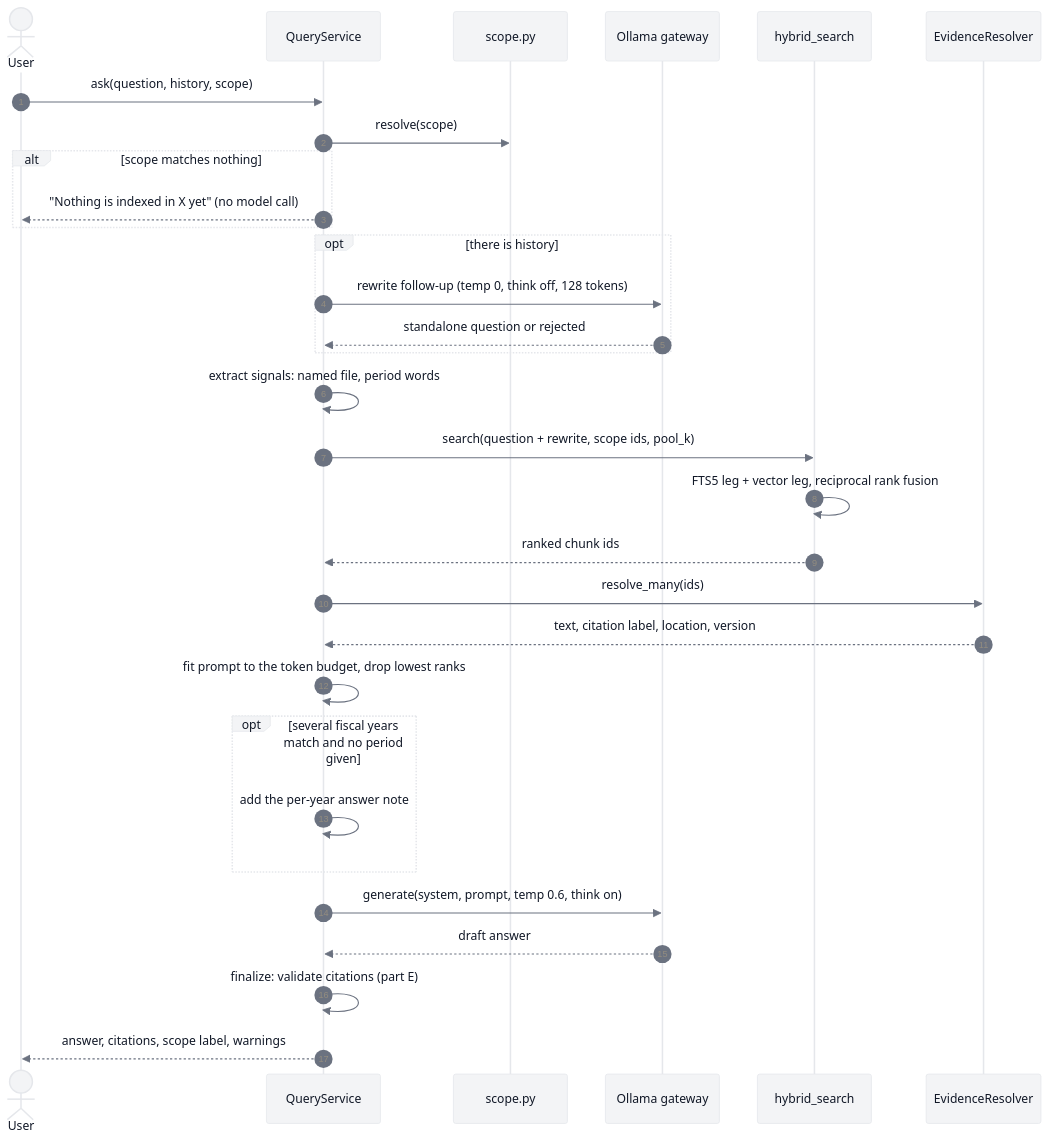
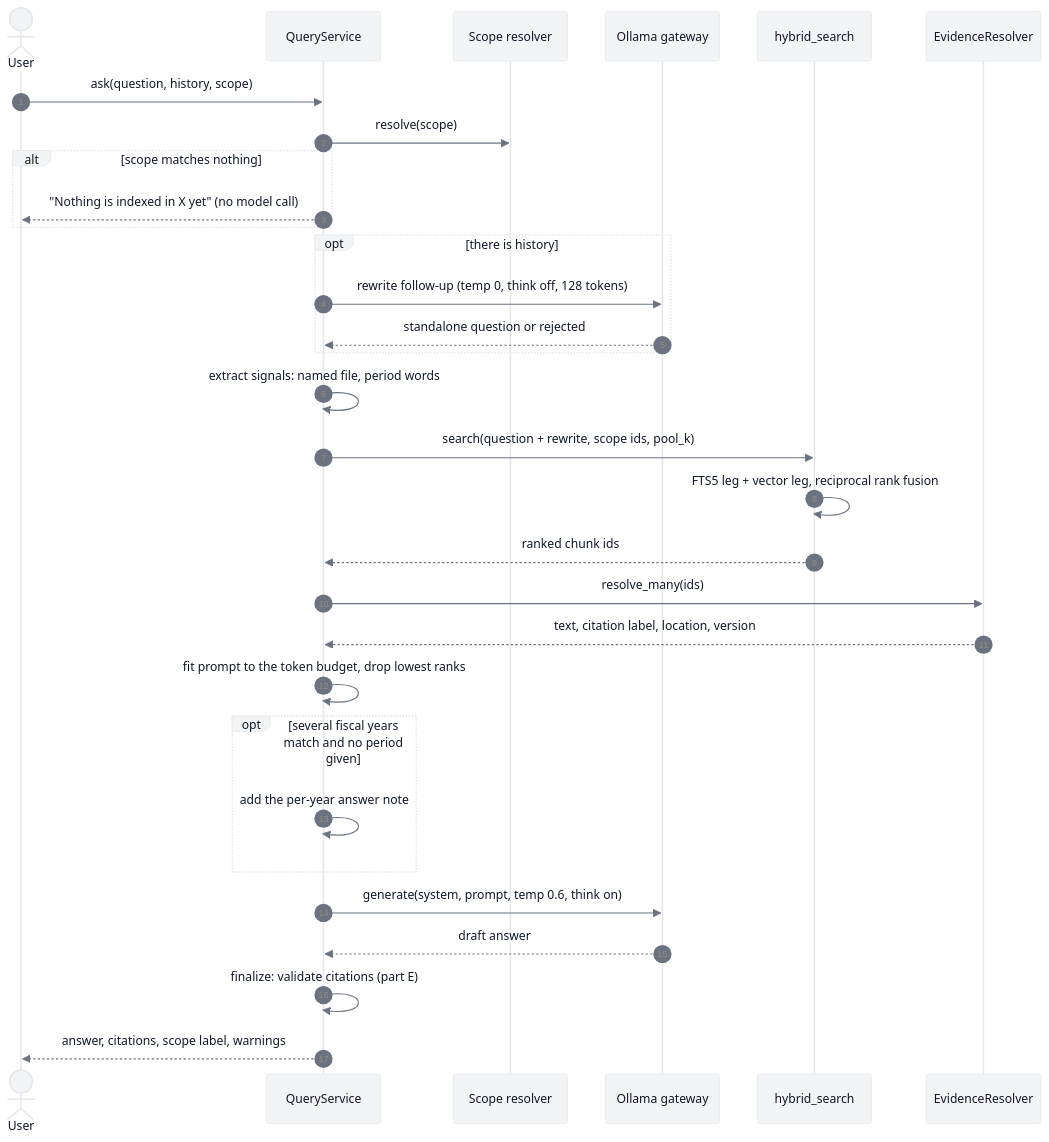
One commit to notSylas/Docket changed the fourth of 11 diagrams in Upgrade/18-current-architecture-sequences.md. Above: the diagram before and after it, drawn with Mermaid. The commit also changed other lines of this file and 3 other files, not shown here.

Commit message:
docs(upgrade): remove source-file references from the architecture diagrams

````diff
--- a/Upgrade/18-current-architecture-sequences.md
+++ b/Upgrade/18-current-architecture-sequences.md
@@ -153,34 +147,34 @@
 ```mermaid
 %%{init: {'theme':'base','themeVariables':{'primaryColor':'#F3F4F6','primaryBorderColor':'#E5E7EB','primaryTextColor':'#111827','lineColor':'#6B7280','actorBkg':'#F3F4F6','actorBorder':'#E5E7EB','actorTextColor':'#111827','signalColor':'#6B7280','signalTextColor':'#111827','noteBkgColor':'#ECFDF5','noteBorderColor':'#16A34A','noteTextColor':'#111827','activationBkgColor':'#ECFDF5','activationBorderColor':'#16A34A','fontFamily':'ui-sans-serif, system-ui, sans-serif'}}}%%
 sequenceDiagram
     autonumber
     actor U as User
     participant Q as QueryService
-    participant SC as scope.py
+    participant SC as Scope resolver
     participant G as Ollama gateway
     participant HS as hybrid_search
     participant R as EvidenceResolver
     U->>Q: ask(question, history, scope)
     Q->>SC: resolve(scope)
     alt scope matches nothing
         Q-->>U: "Nothing is indexed in X yet" (no model call)
     end
     opt there is history
         Q->>G: rewrite follow-up (temp 0, think off, 128 tokens)
         G-->>Q: standalone question or rejected
     end
     Q->>Q: extract signals: named file, period words
     Q->>HS: search(question + rewrite, scope ids, pool_k)
     HS->>HS: FTS5 leg + vector leg, reciprocal rank fusion
     HS-->>Q: ranked chunk ids
     Q->>R: resolve_many(ids)
     R-->>Q: text, citation label, location, version
     Q->>Q: fit prompt to the token budget, drop lowest ranks
     opt several fiscal years match and no period given
         Q->>Q: add the per-year answer note
     end
     Q->>G: generate(system, prompt, temp 0.6, think on)
     G-->>Q: draft answer
     Q->>Q: finalize: validate citations (part E)
     Q-->>U: answer, citations, scope label, warnings
 ```
````
